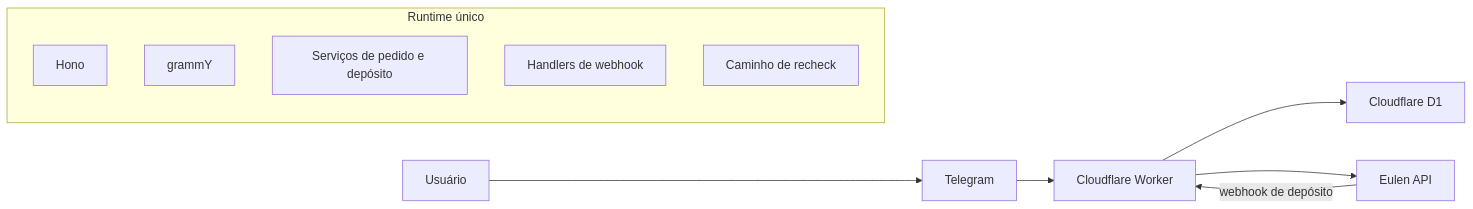
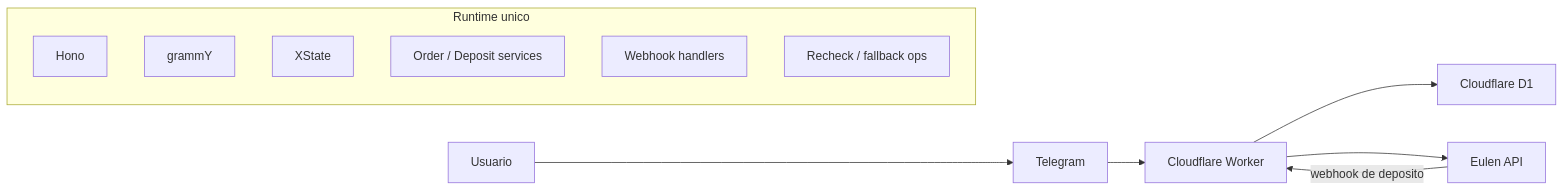
One commit to dev865077/depix-mvp changed the diagram in README.md. Above: the diagram before and after it, drawn with Mermaid. The commit also changed other lines of this file, not shown here.

````diff
--- a/README.md
+++ b/README.md
@@ -40,17 +94,18 @@
 ```mermaid
 flowchart LR
-    U["Usuário"] --> TG["Telegram"]
+    U["Usuario"] --> TG["Telegram"]
     TG --> W["Cloudflare Worker"]
 
-    subgraph Worker["Runtime único"]
+    subgraph Worker["Runtime unico"]
         H["Hono"]
         G["grammY"]
-        O["Serviços de pedido e depósito"]
-        WH["Handlers de webhook"]
-        RC["Caminho de recheck"]
+        X["XState"]
+        O["Order / Deposit services"]
+        WH["Webhook handlers"]
+        OPS["Recheck / fallback ops"]
     end
 
     W --> DB["Cloudflare D1"]
     W --> E["Eulen API"]
-    E -->|webhook de depósito| W
+    E -->|webhook de deposito| W
 ```
````
